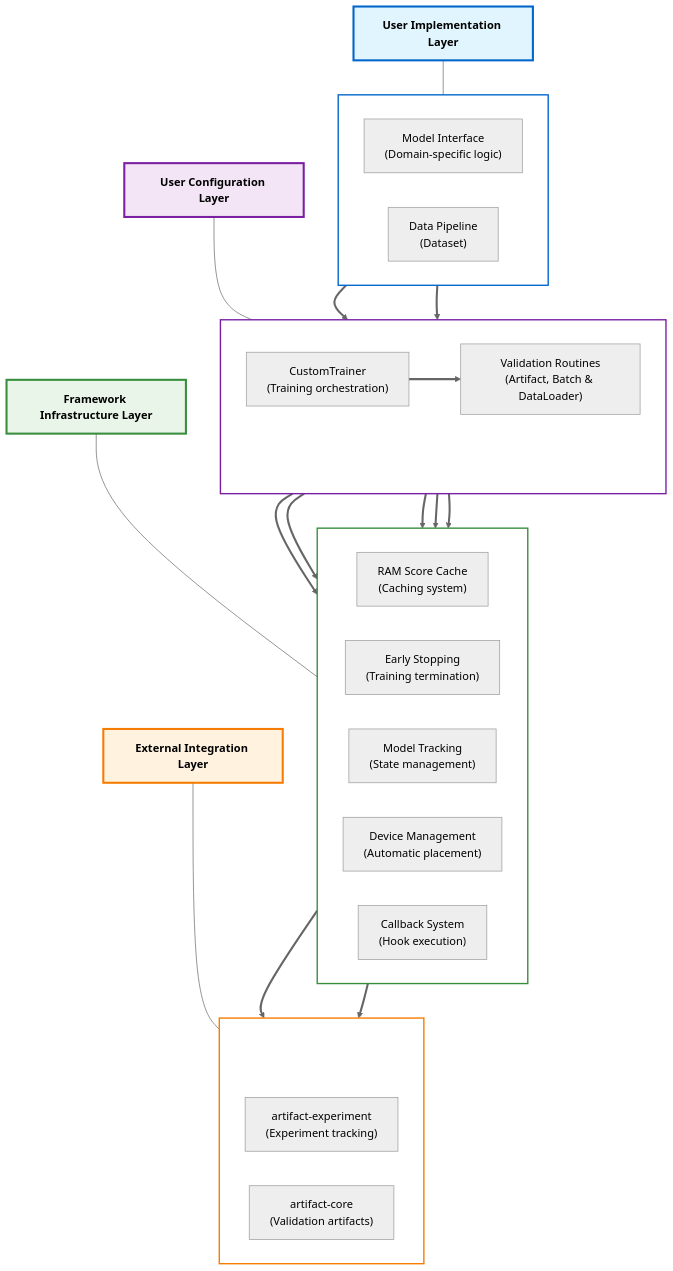
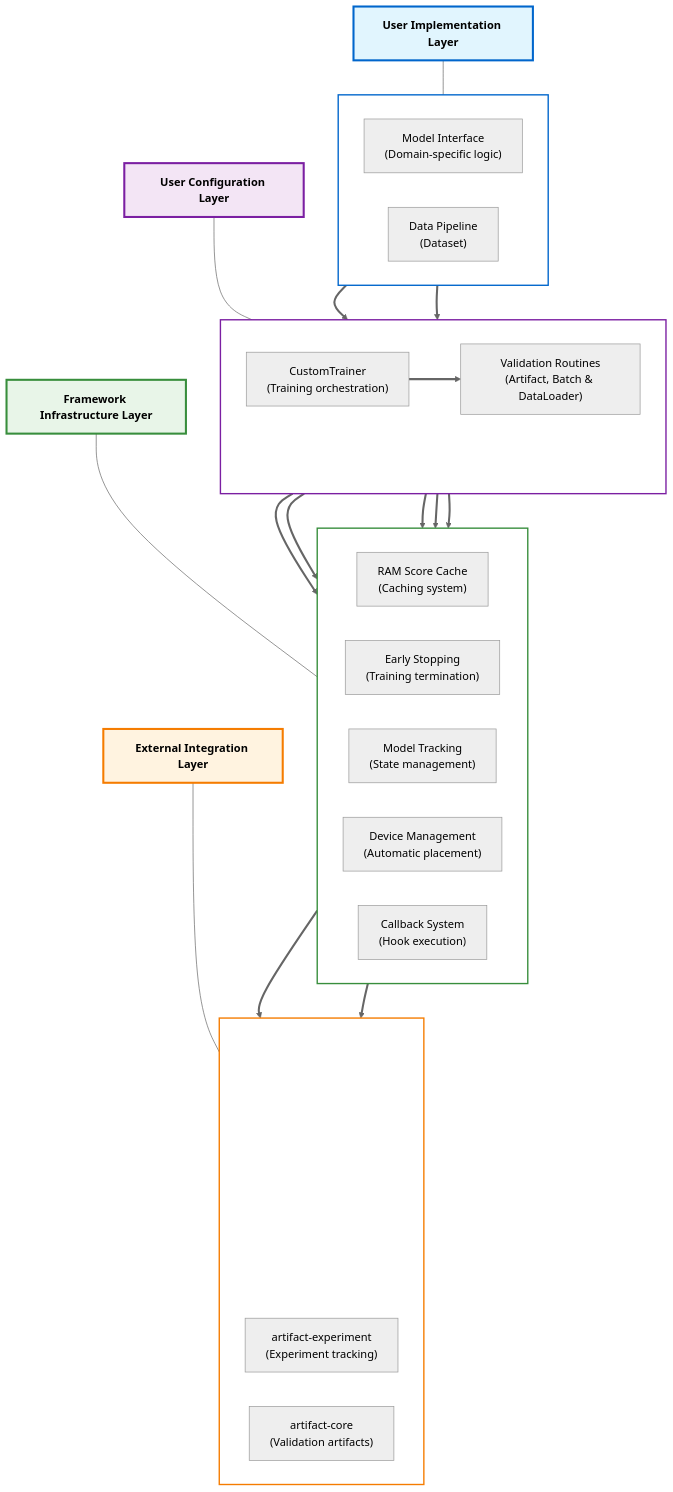
Before and after one commit to vasileios-ektor-papoulias/artifact-ml: the diagram in artifact-torch/README.md, drawn with Mermaid (neutral theme).

Commit message:
Fix graph geometry

````diff
--- a/artifact-torch/README.md
+++ b/artifact-torch/README.md
@@ -60,7 +60,11 @@
     
     subgraph external [" "]
         direction LR
-        ExternalSpacer[" "]
+        ExternalSpacer1[" "]
+        ExternalSpacer2[" "]
+        ExternalSpacer3[" "]
+        ExternalSpacer4[" "]
+        ExternalSpacer5[" "]
         ArtifactExp["artifact-experiment<br/>(Experiment tracking)"]
         ArtifactCore["artifact-core<br/>(Validation artifacts)"]
     end
@@ -121,6 +125,10 @@
     linkStyle 9 stroke-width:3px
     
     %% Hide spacers
-    style ExternalSpacer fill:transparent,stroke:transparent
+    style ExternalSpacer1 fill:transparent,stroke:transparent
+    style ExternalSpacer2 fill:transparent,stroke:transparent
+    style ExternalSpacer3 fill:transparent,stroke:transparent
+    style ExternalSpacer4 fill:transparent,stroke:transparent
+    style ExternalSpacer5 fill:transparent,stroke:transparent
     style ConfigSpacer fill:transparent,stroke:transparent
 ```
````
